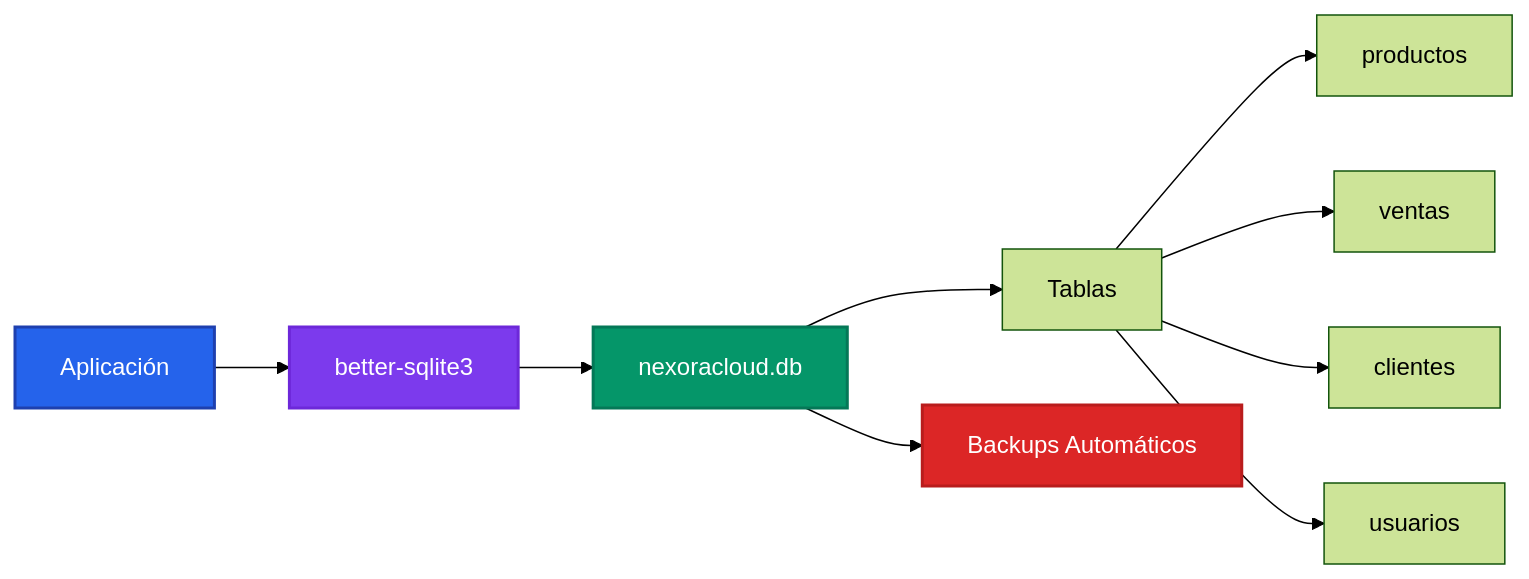
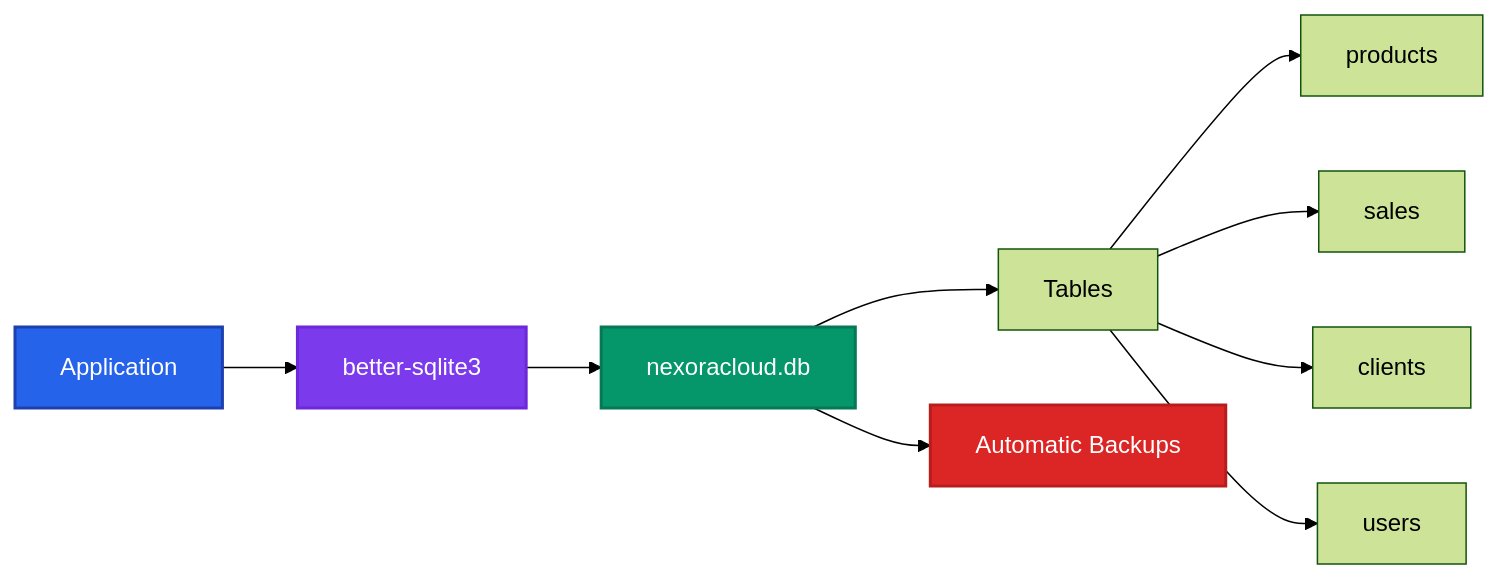
One commit to MohamedMusthaque/CeroCloud-Desktop changed the sixth of 8 diagrams in docs/ARCHITECTURE.md. Above: the diagram before and after it, drawn with Mermaid (forest theme). The commit also changed other lines of this file and 17 other files, not shown here.

````diff
--- a/docs/ARCHITECTURE.md
+++ b/docs/ARCHITECTURE.md
@@ -191,17 +191,17 @@
 ```mermaid
 graph LR
-    A[Aplicación] --> B[better-sqlite3]
+    A[Application] --> B[better-sqlite3]
     B --> C[nexoracloud.db]
-    C --> D[Tablas]
-    C --> E[Backups Automáticos]
+    C --> D[Tables]
+    C --> E[Automatic Backups]
     
-    D --> D1[productos]
-    D --> D2[ventas]
-    D --> D3[clientes]
-    D --> D4[usuarios]
+    D --> D1[products]
+    D --> D2[sales]
+    D --> D3[clients]
+    D --> D4[users]
     
     style A fill:#2563eb,stroke:#1e40af,stroke-width:2px,color:#fff
     style B fill:#7c3aed,stroke:#6d28d9,stroke-width:2px,color:#fff
     style C fill:#059669,stroke:#047857,stroke-width:2px,color:#fff
     style E fill:#dc2626,stroke:#b91c1c,stroke-width:2px,color:#fff
 ```
````
